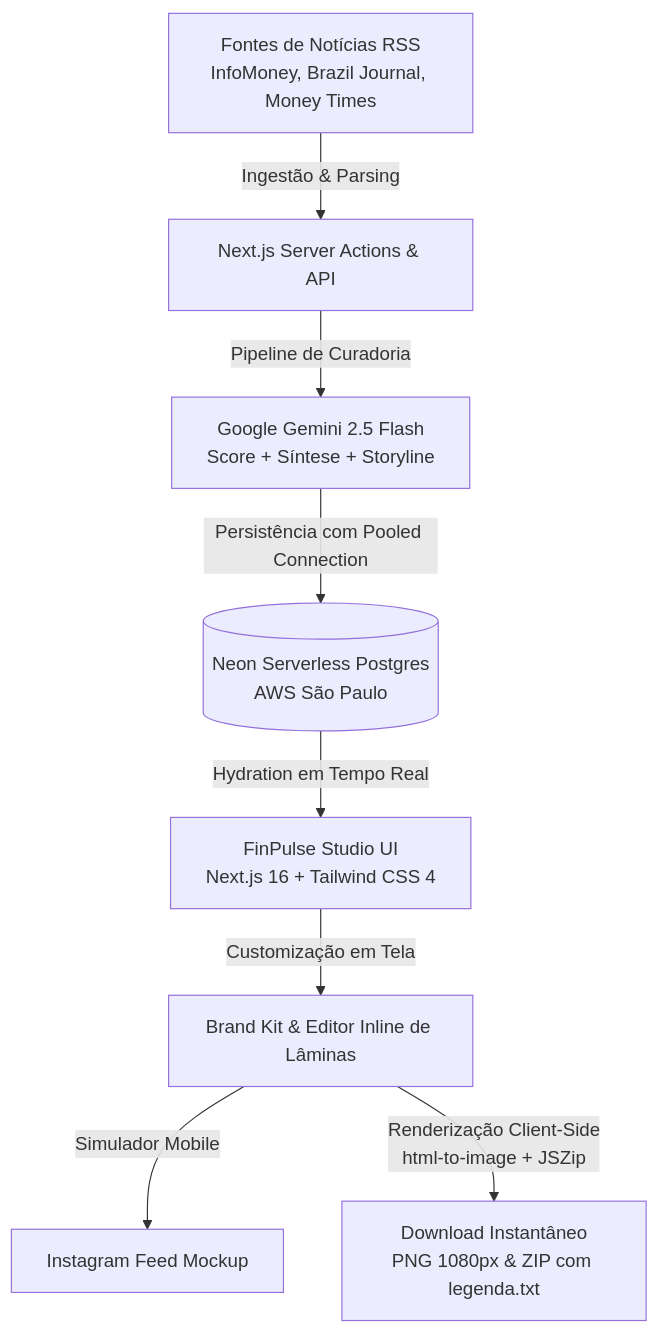
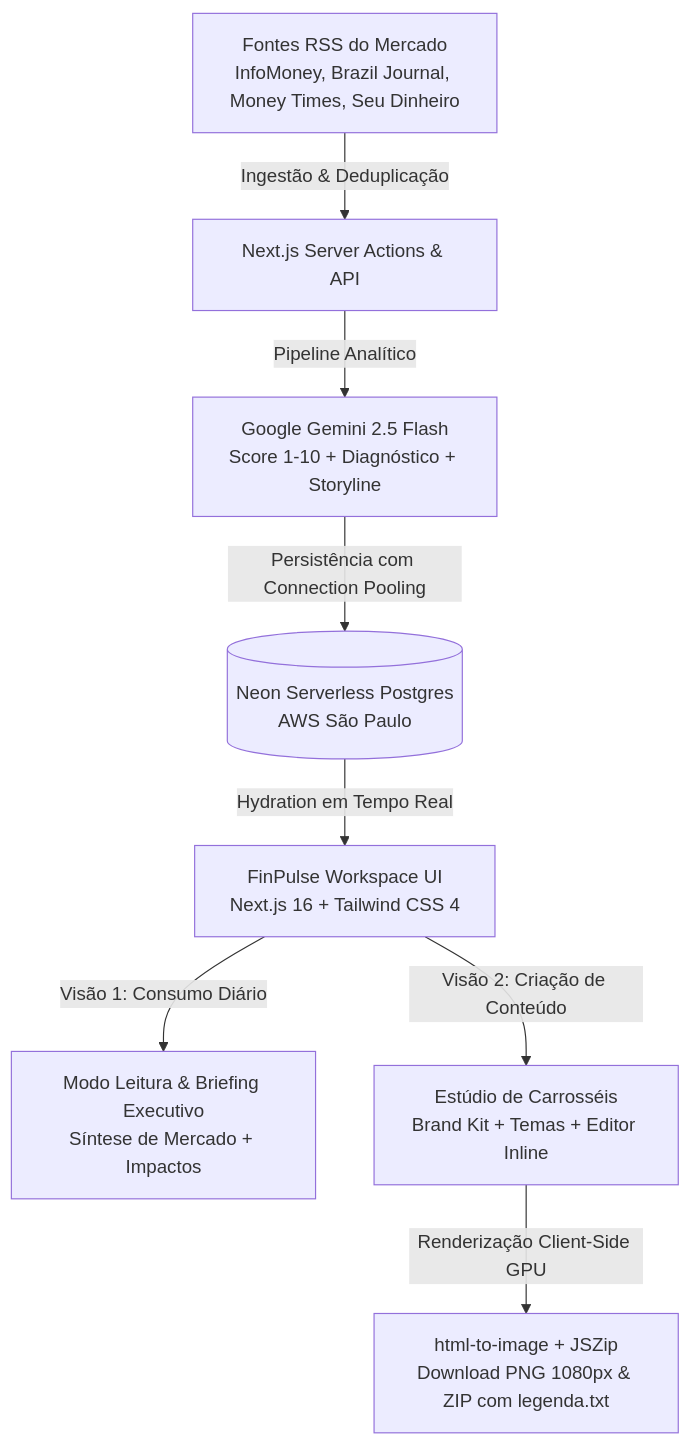
One commit to EduBraga7/finpulse changed the diagram in README.md. Above: the diagram before and after it, drawn with Mermaid. The commit also changed other lines of this file and 4 other files, not shown here.

Commit message:
feat: adicionar Modo Leitura & Briefing Executivo e otimizar conexao com Neon Postgres

````diff
--- a/README.md
+++ b/README.md
@@ -38,10 +38,12 @@
 ```mermaid
 flowchart TD
-    A[Fontes de Notícias RSS\nInfoMoney, Brazil Journal, Money Times] -->|Ingestão & Parsing| B[Next.js Server Actions & API]
-    B -->|Pipeline de Curadoria| C[Google Gemini 2.5 Flash\nScore + Síntese + Storyline]
-    C -->|Persistência com Pooled Connection| D[(Neon Serverless Postgres\nAWS São Paulo)]
-    D -->|Hydration em Tempo Real| E[FinPulse Studio UI\nNext.js 16 + Tailwind CSS 4]
-    E -->|Customização em Tela| F[Brand Kit & Editor Inline de Lâminas]
-    F -->|Simulador Mobile| G[Instagram Feed Mockup]
-    F -->|Renderização Client-Side\nhtml-to-image + JSZip| H[Download Instantâneo\nPNG 1080px & ZIP com legenda.txt]
+    A[Fontes RSS do Mercado\nInfoMoney, Brazil Journal, Money Times, Seu Dinheiro] -->|Ingestão & Deduplicação| B[Next.js Server Actions & API]
+    B -->|Pipeline Analítico| C[Google Gemini 2.5 Flash\nScore 1-10 + Diagnóstico + Storyline]
+    C -->|Persistência com Connection Pooling| D[(Neon Serverless Postgres\nAWS São Paulo)]
+    D -->|Hydration em Tempo Real| E[FinPulse Workspace UI\nNext.js 16 + Tailwind CSS 4]
+    
+    E -->|Visão 1: Consumo Diário| F[Modo Leitura & Briefing Executivo\nSíntese de Mercado + Impactos]
+    E -->|Visão 2: Criação de Conteúdo| G[Estúdio de Carrosséis\nBrand Kit + Temas + Editor Inline]
+    
+    G -->|Renderização Client-Side GPU| H[html-to-image + JSZip\nDownload PNG 1080px & ZIP com legenda.txt]
 ```
````
